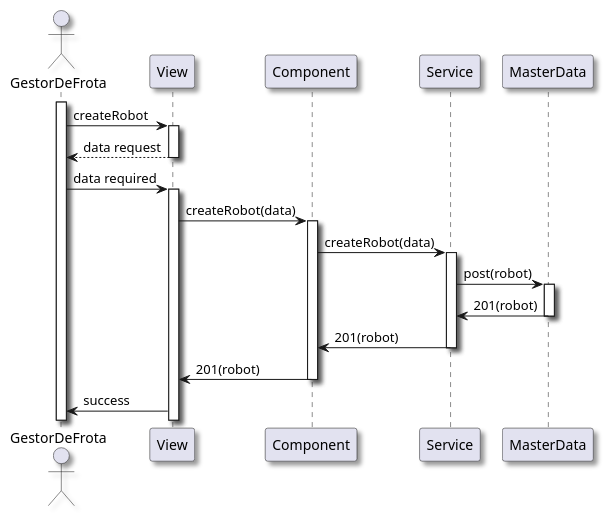
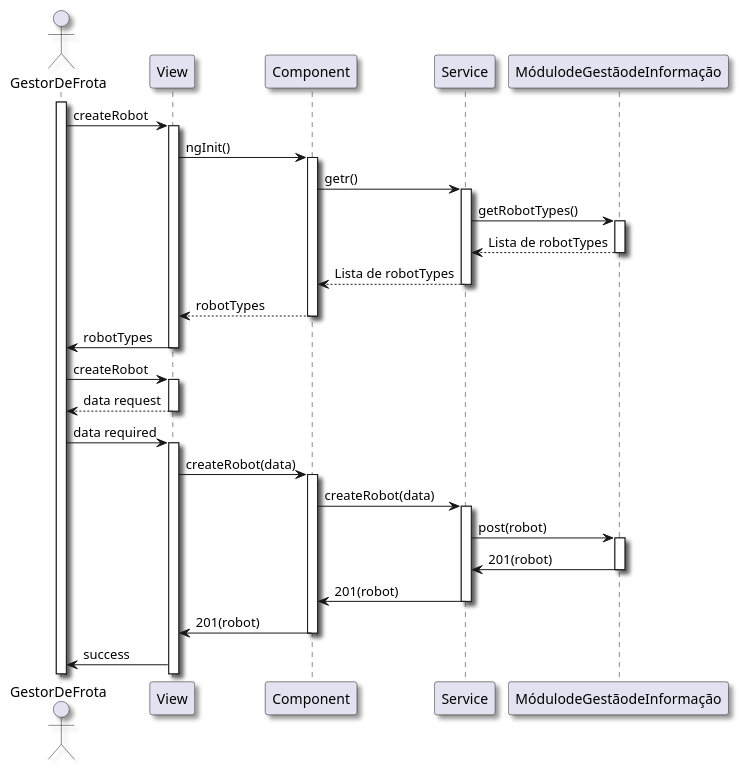
Before and after one commit to pedrocmesquita/RobDroneGo: the diagram in docs/Sprint B/1210913/us1010/us1010-NVL3.puml, drawn with PlantUML. The commit also changed 4 other files, not shown here.

```diff
--- a/docs/Sprint B/1210913/us1010/us1010-NVL3.puml
+++ b/docs/Sprint B/1210913/us1010/us1010-NVL3.puml
@@ -1,31 +1,52 @@
 @startuml
 skinparam handwritten false
 skinparam monochrome false
 skinparam packageStyle rect
 skinparam defaultFontName FG Virgil
 skinparam shadowing true
 
 actor GestorDeFrota as GestorDeFrota
 
 activate GestorDeFrota
 GestorDeFrota -> View: createRobot
 activate View
+View -> Component: ngInit()
+activate Component
+Component -> Service: getr()
+activate Service
+Service -> MódulodeGestãodeInformação : getRobotTypes()
+activate MódulodeGestãodeInformação
+MódulodeGestãodeInformação --> Service : Lista de robotTypes
+deactivate MódulodeGestãodeInformação
+Service --> Component : Lista de robotTypes
+deactivate Service
+Component --> View : robotTypes
+deactivate Component
+View -> GestorDeFrota: robotTypes
+deactivate View
+
+
+
+
+
+GestorDeFrota -> View: createRobot
+activate View
 View --> GestorDeFrota: data request
 deactivate View
 GestorDeFrota -> View: data required
 activate View
 View -> Component: createRobot(data)
 activate Component
 Component -> Service: createRobot(data)
 activate Service
-Service -> MasterData: post(robot)
-activate MasterData
-MasterData -> Service: 201(robot)
-deactivate MasterData
+Service -> MódulodeGestãodeInformação: post(robot)
+activate MódulodeGestãodeInformação
+MódulodeGestãodeInformação -> Service: 201(robot)
+deactivate MódulodeGestãodeInformação
 Service -> Component: 201(robot)
 deactivate Service
 Component -> View: 201(robot)
 deactivate Component
 View -> GestorDeFrota: success
 
 @enduml
```
